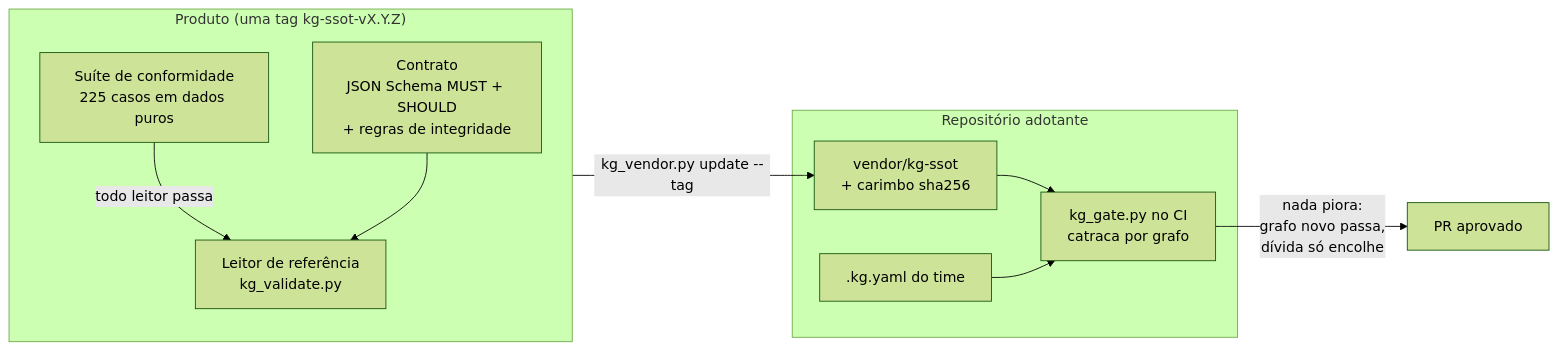
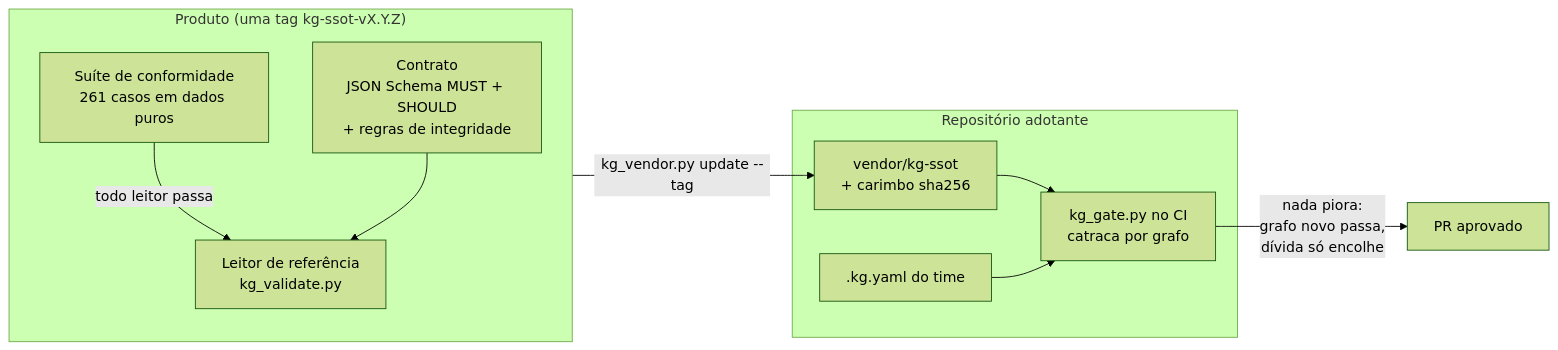
One commit to marciocar/kg-ssot changed the diagram in README.md. Above: the diagram before and after it, drawn with Mermaid (forest theme). The commit also changed other lines of this file and 57 other files, not shown here.

````diff
--- a/README.md
+++ b/README.md
@@ -84,19 +84,19 @@
 ```mermaid
 flowchart LR
   subgraph produto["Produto (uma tag kg-ssot-vX.Y.Z)"]
     C["Contrato<br/>JSON Schema MUST + SHOULD<br/>+ regras de integridade"]
-    S["Suíte de conformidade<br/>225 casos em dados puros"]
+    S["Suíte de conformidade<br/>261 casos em dados puros"]
     R["Leitor de referência<br/>kg_validate.py"]
     S -- "todo leitor passa" --> R
     C --> R
   end
   subgraph adotante["Repositório adotante"]
     V["vendor/kg-ssot<br/>+ carimbo sha256"]
     G["kg_gate.py no CI<br/>catraca por grafo"]
     K[".kg.yaml do time"]
     V --> G
     K --> G
   end
   produto -- "kg_vendor.py update --tag" --> V
   G -- "nada piora:<br/>grafo novo passa,<br/>dívida só encolhe" --> PR["PR aprovado"]
 ```
````
